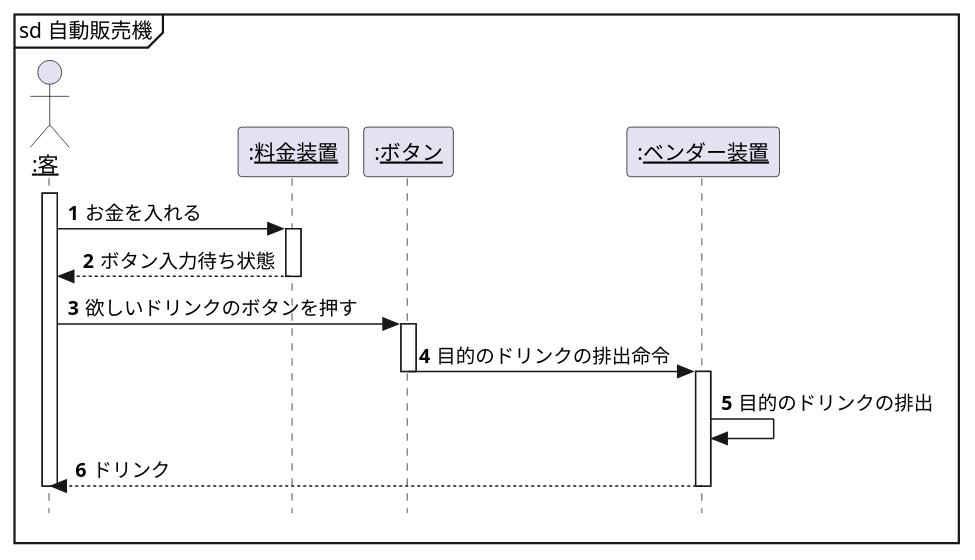
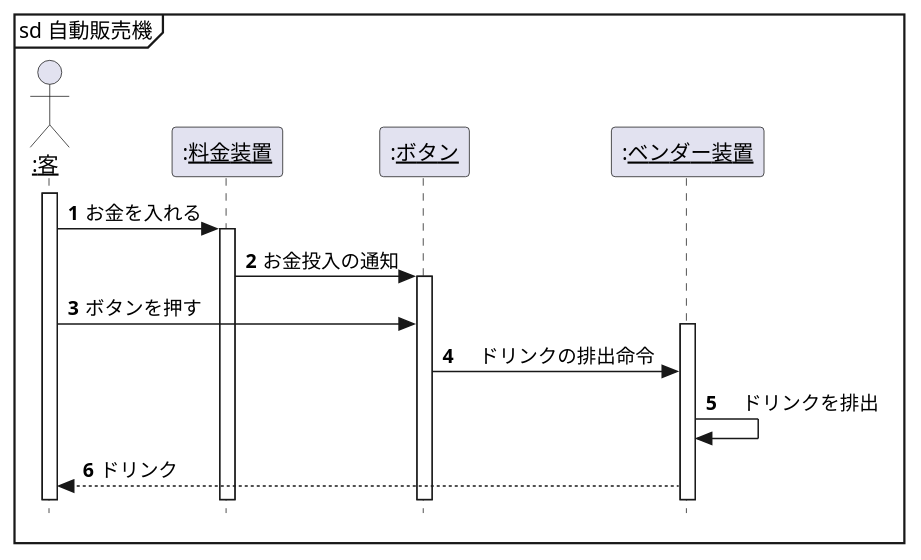
Before and after one commit to chibachibaibu2003/laughing-carnival: the diagram in 6/演習6-4-3_シーケンス図_自動販売機.pu, drawn with PlantUML. The commit also changed 2 other files, not shown here.

```diff
--- a/6/演習6-4-3_シーケンス図_自動販売機.pu
+++ b/6/演習6-4-3_シーケンス図_自動販売機.pu
@@ -1,25 +1,21 @@
 @startuml 演習6-4-3
     hide footbox
     autonumber
     skinparam style strictuml
     actor "<u>:客</u>" as custmer
 
     mainframe sd 自動販売機
     participant ":<u>料金装置</u>" as money
     participant ":<u>ボタン</u>" as button
     participant ":<u>ベンダー装置</u>" as bender
     activate custmer
         custmer->money :お金を入れる
         activate money
-            custmer<--money :ボタン入力待ち状態
-        deactivate money
-        custmer->button :欲しいドリンクのボタンを押す
-        activate button
-            button->bender :目的のドリンクの排出命令
-        deactivate button
-            activate bender
-                bender->bender :目的のドリンクの排出
-                custmer<--bender :ドリンク
-            deactivate bender           
-    deactivate custmer
+            money->button :お金投入の通知
+            activate button
+                custmer->button: ボタンを押す
+                activate bender
+                    button->bender:　ドリンクの排出命令
+                    bender->bender: 　ドリンクを排出
+                    custmer<--bender: ドリンク
 @enduml
```
